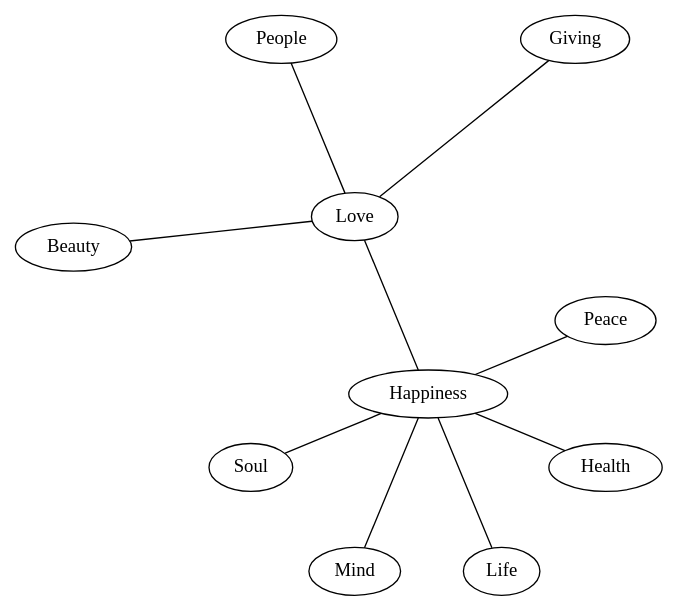
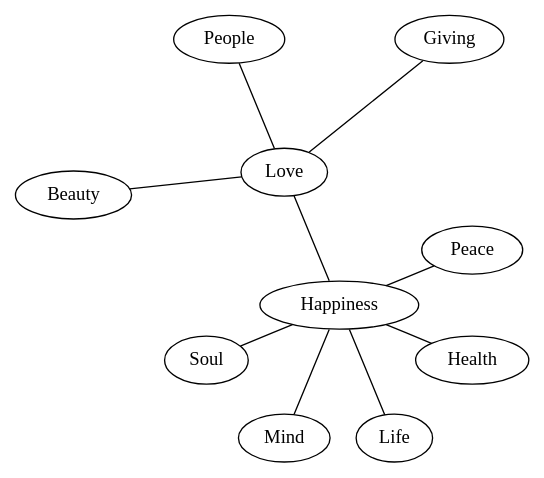
The tenth of 13 diagrams in other/graphviz.md (sisyphus1212/note), drawn with Graphviz before and after one commit.

Commit message:
auto_update

````diff
--- a/other/graphviz.md
+++ b/other/graphviz.md
@@ -128,18 +128,18 @@
 ```graphviz
 graph graph_name{
-    layout=twopi; graph [ranksep=2];
+    layout=twopi; graph [ranksep=1.5];
 	Happiness -- {
 		Peace
 		Love
 		Soul
 		Mind
 		Life
 		Health
 	}
     Love -- {
 		Giving
 		People
 		Beauty
 	}
 }
 ```
````
